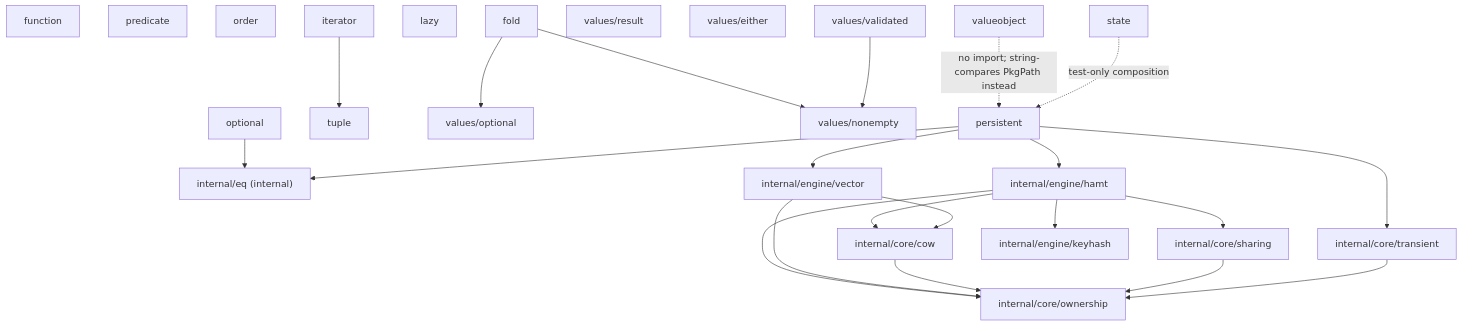
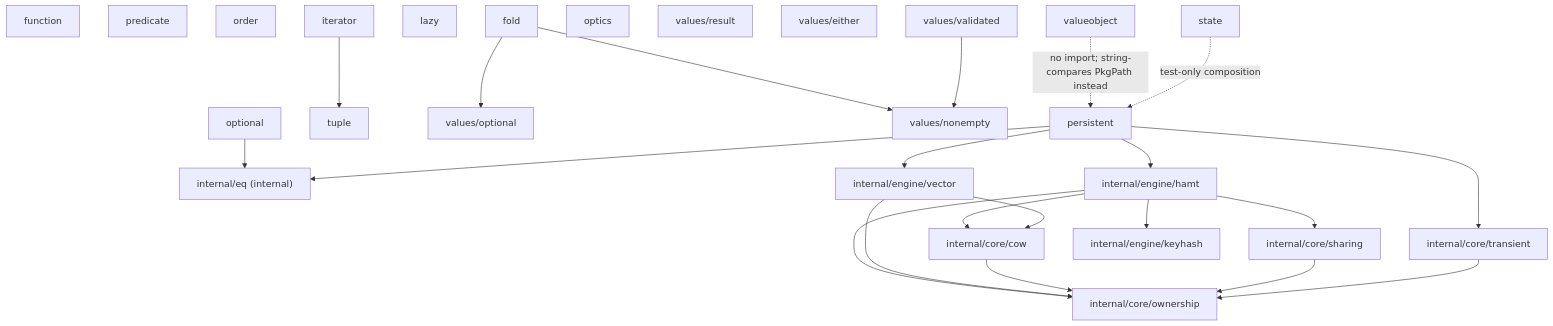
Before and after one commit to alvadorncorp/functional-go: the diagram in docs/overview.md, drawn with Mermaid. The commit also changed other lines of this file and 15 other files, not shown here.

````diff
--- a/docs/overview.md
+++ b/docs/overview.md
@@ -203,48 +205,49 @@
 ```mermaid
 flowchart TB
   optional[optional]
   function[function]
   predicate[predicate]
   order[order]
   fold[fold]
   tuple[tuple]
   lazy[lazy]
   iterator[iterator]
+  optics[optics]
   valuesOptional[values/optional]
   valuesResult[values/result]
   valuesEither[values/either]
   valuesNonEmpty[values/nonempty]
   valuesValidated[values/validated]
   persistent[persistent]
   state[state]
   valueobject[valueobject]
   eq["internal/eq (internal)"]
   ownership["internal/core/ownership"]
   cow["internal/core/cow"]
   sharing["internal/core/sharing"]
   transient["internal/core/transient"]
   hamt["internal/engine/hamt"]
   vector["internal/engine/vector"]
   keyhash["internal/engine/keyhash"]
 
   optional --> eq
   fold --> valuesOptional
   fold --> valuesNonEmpty
   iterator --> tuple
   valuesValidated --> valuesNonEmpty
   persistent --> eq
   persistent --> transient
   persistent --> hamt
   persistent --> vector
   hamt --> ownership
   hamt --> cow
   hamt --> sharing
   hamt --> keyhash
   vector --> ownership
   vector --> cow
   cow --> ownership
   sharing --> ownership
   transient --> ownership
   valueobject -.->|no import; string-compares PkgPath instead| persistent
   state -.->|test-only composition| persistent
 ```
````
